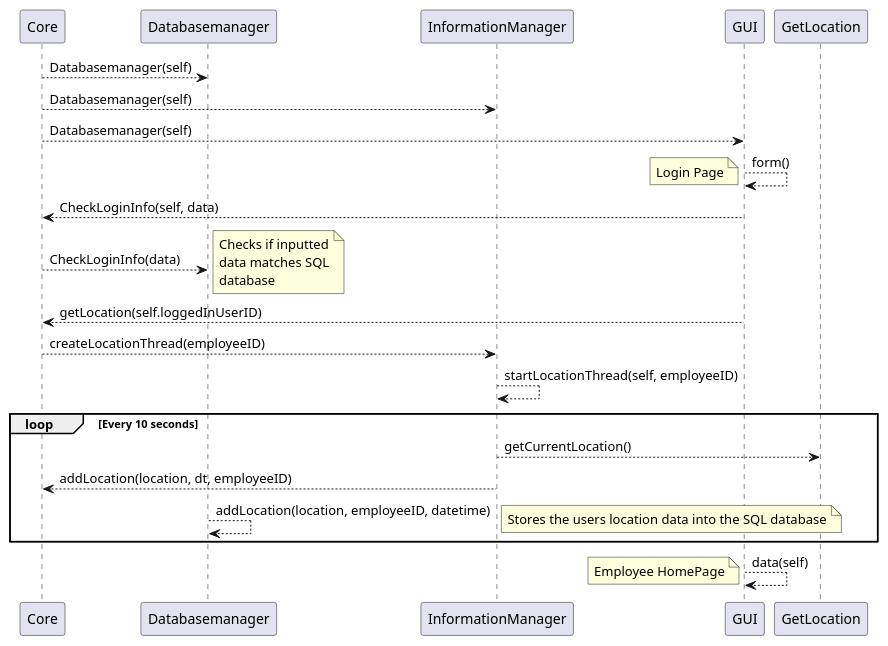
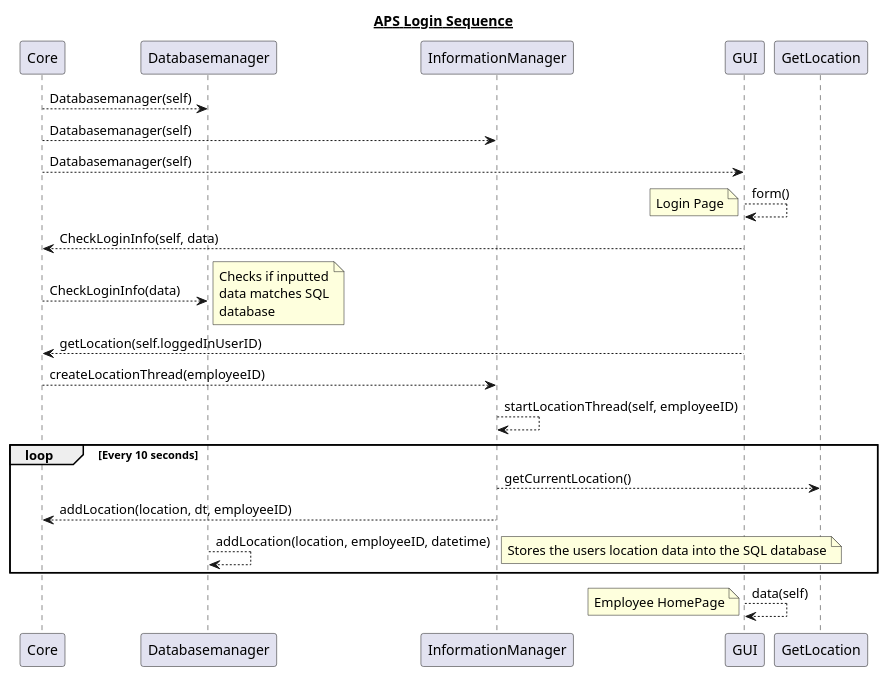
Before and after one commit to TaiyeJebutu/APS: the diagram in 01 Design/Login flow.puml, drawn with PlantUML.

Commit message:
updated login sequence diagram

```diff
--- a/01 Design/Login flow.puml
+++ b/01 Design/Login flow.puml
@@ -1,46 +1,47 @@
 @startuml
 
 participant Core
 participant Databasemanager
 participant InformationManager
 participant GUI
 participant GetLocation
 
+title __APS Login Sequence__
 
 Core --> Databasemanager : Databasemanager(self)
 Core --> InformationManager: Databasemanager(self)
 Core --> GUI: Databasemanager(self)
 
 
 GUI --> GUI: form()
 note left
 Login Page
 end note
 
 GUI --> Core : CheckLoginInfo(self, data)
 Core --> Databasemanager: CheckLoginInfo(data)
 note right
 Checks if inputted
 data matches SQL
 database
 end note
 
 GUI --> Core: getLocation(self.loggedInUserID)
 Core --> InformationManager: createLocationThread(employeeID)
  InformationManager --> InformationManager: startLocationThread(self, employeeID)
 loop Every 10 seconds
     InformationManager --> GetLocation: getCurrentLocation()
     InformationManager --> Core: addLocation(location, dt, employeeID)
     Databasemanager --> Databasemanager: addLocation(location, employeeID, datetime)
     note right
     Stores the users location data into the SQL database
     end note
 end
 
 GUI --> GUI : data(self)
 note left
 Employee HomePage
 end note
 
 
 @enduml
```
